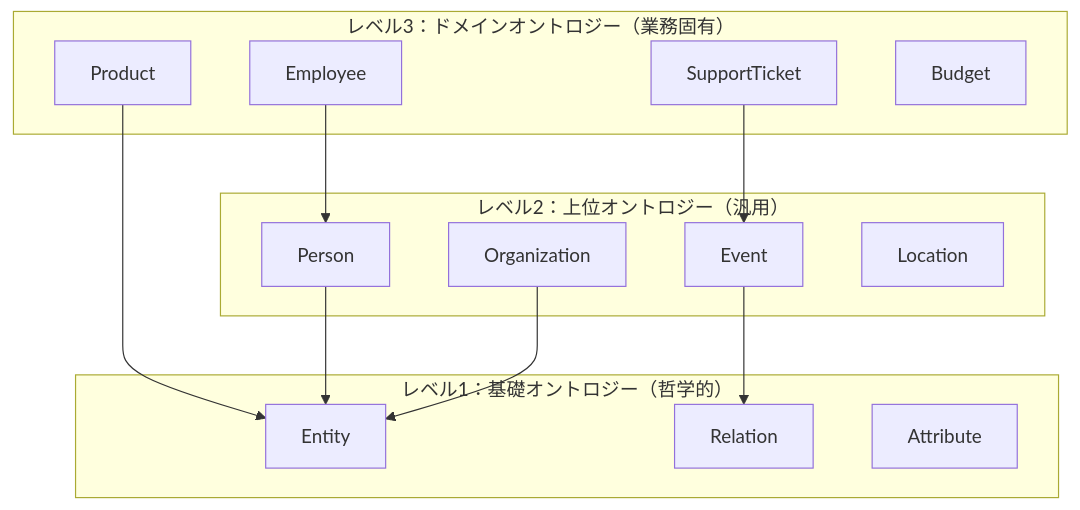
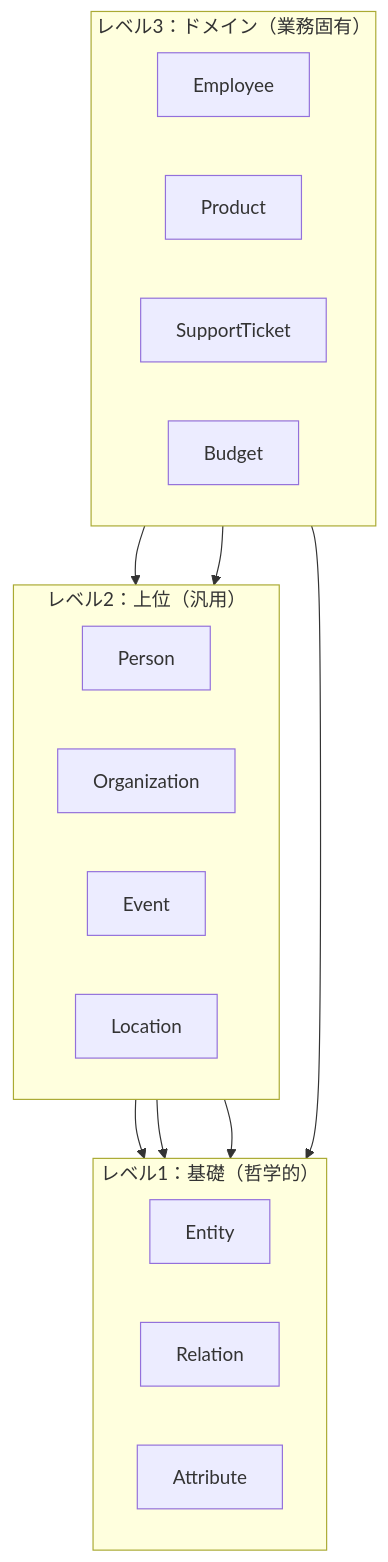
Before and after one commit to DevRev-JP/tech-blog: the fourth of 4 diagrams in books/knowledge-graph-llm-guide/what-is-knowledge-graph.md, drawn with Mermaid. The commit also changed 3 other files, not shown here.

Commit message:
Update knowledge-graph-llm-guide: Mermaid図の文字重なりを解消するレイアウト調整 (#17)

````diff
--- a/books/knowledge-graph-llm-guide/what-is-knowledge-graph.md
+++ b/books/knowledge-graph-llm-guide/what-is-knowledge-graph.md
@@ -317,27 +317,30 @@
 ```mermaid
 flowchart TD
-    subgraph L3["レベル3：ドメインオントロジー（業務固有）"]
+    subgraph L3["レベル3：ドメイン（業務固有）"]
+        direction LR
         D1[Employee]
         D2[Product]
         D3[SupportTicket]
         D4[Budget]
     end
-    subgraph L2["レベル2：上位オントロジー（汎用）"]
+    subgraph L2["レベル2：上位（汎用）"]
+        direction LR
         U1[Person]
         U2[Organization]
         U3[Event]
         U4[Location]
     end
-    subgraph L1["レベル1：基礎オントロジー（哲学的）"]
+    subgraph L1["レベル1：基礎（哲学的）"]
+        direction LR
         F1[Entity]
         F2[Relation]
         F3[Attribute]
     end
 
     D1 --> U1
     D2 --> F1
     D3 --> U3
     U1 --> F1
     U2 --> F1
     U3 --> F2
 ```
````
